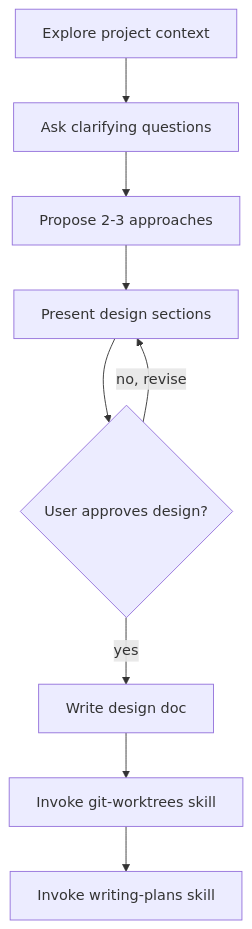
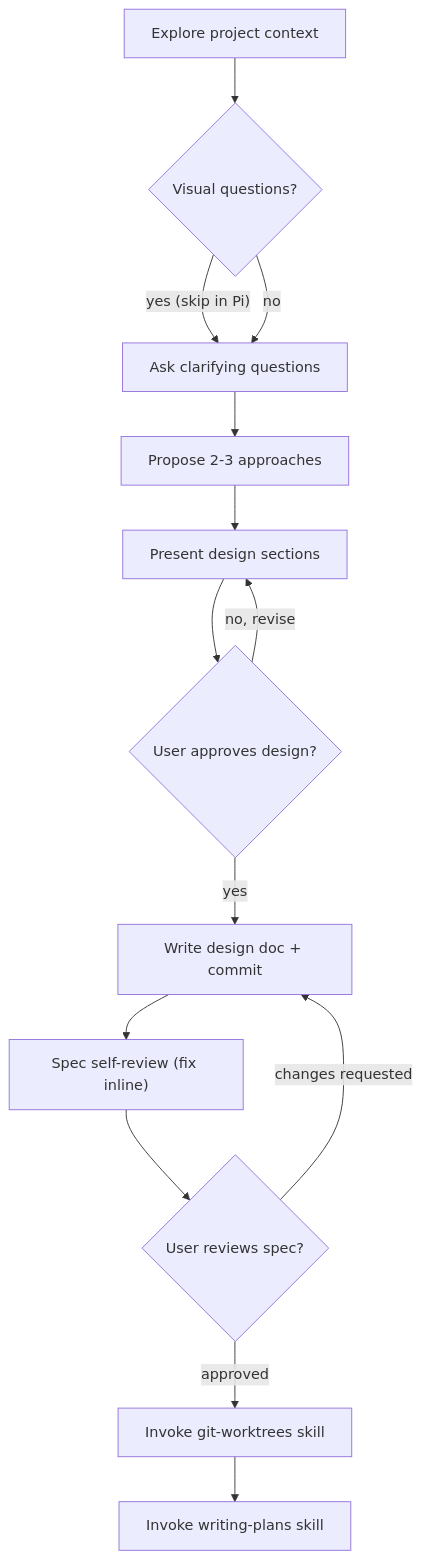
One commit to pramudityad/pi-config changed the diagram in skills/superpowers/brainstorming/SKILL.md. Above: the diagram before and after it, drawn with Mermaid. The commit also changed other lines of this file and 74 other files, not shown here.

````diff
--- a/skills/superpowers/brainstorming/SKILL.md
+++ b/skills/superpowers/brainstorming/SKILL.md
@@ -36,11 +39,16 @@
 ```mermaid
 flowchart TD
-    A["Explore project context"] --> B["Ask clarifying questions"]
-    B --> C["Propose 2-3 approaches"]
-    C --> D["Present design sections"]
-    D --> E{User approves design?}
-    E -->|no, revise| D
-    E -->|yes| F["Write design doc"]
-    F --> G["Invoke git-worktrees skill"]
-    G --> H["Invoke writing-plans skill"]
+    A["Explore project context"] --> B{"Visual questions?"}
+    B -->|"yes (skip in Pi)"| C["Ask clarifying questions"]
+    B -->|no| C
+    C --> D["Propose 2-3 approaches"]
+    D --> E["Present design sections"]
+    E --> F{User approves design?}
+    F -->|no, revise| E
+    F -->|yes| G["Write design doc + commit"]
+    G --> H["Spec self-review (fix inline)"]
+    H --> I{User reviews spec?}
+    I -->|changes requested| G
+    I -->|approved| J["Invoke git-worktrees skill"]
+    J --> K["Invoke writing-plans skill"]
 ```
````
